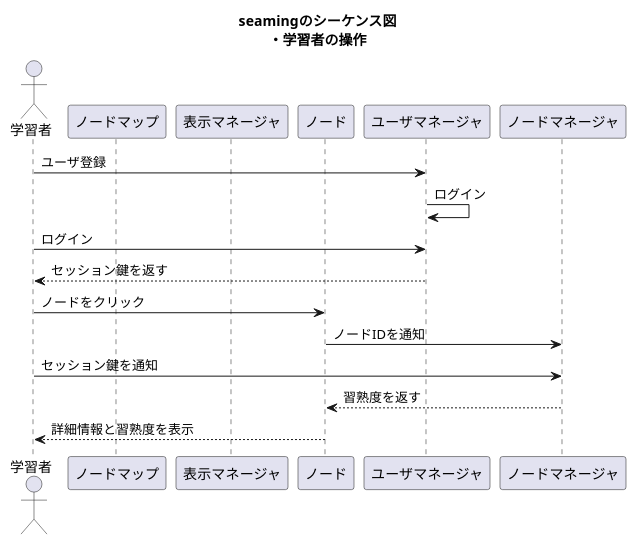
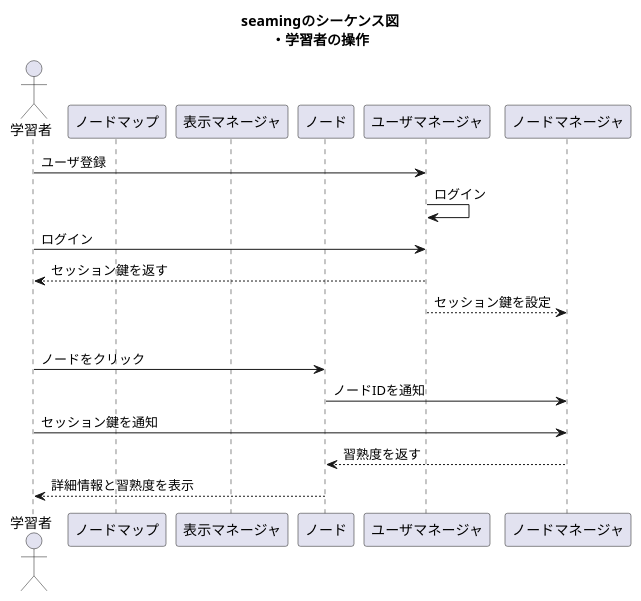
Before and after one commit to PastaSoba/seaming: the diagram in docs/UML/sequence_student.pu, drawn with PlantUML.

Commit message:
ユーザマネージャからノードマネージャにセッション鍵を通知するように変更

```diff
--- a/docs/UML/sequence_student.pu
+++ b/docs/UML/sequence_student.pu
@@ -1,24 +1,26 @@
 @startuml
 
 title seamingのシーケンス図\n・学習者の操作
 
 
 actor 学習者 
 
 participant 学習者 order 10
 participant ノードマップ order 20
 participant 表示マネージャ order 30
 participant ノード order 40
 participant ユーザマネージャ order 50
 participant ノードマネージャ order 60
 
 学習者 -> ユーザマネージャ : ユーザ登録
 ユーザマネージャ -> ユーザマネージャ : ログイン
 学習者 -> ユーザマネージャ : ログイン
 学習者 <-- ユーザマネージャ : セッション鍵を返す
+ユーザマネージャ --> ノードマネージャ : セッション鍵を設定
+|||
 学習者 -> ノード : ノードをクリック
 ノード -> ノードマネージャ : ノードIDを通知
 学習者 -> ノードマネージャ : セッション鍵を通知
 ノード <-- ノードマネージャ : 習熟度を返す
 学習者 <-- ノード : 詳細情報と習熟度を表示
 @enduml
```
